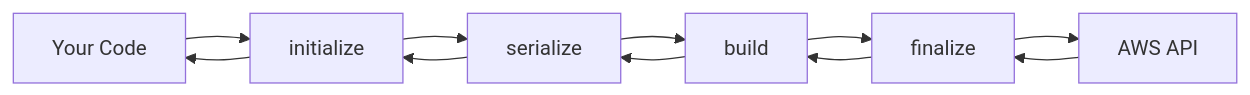
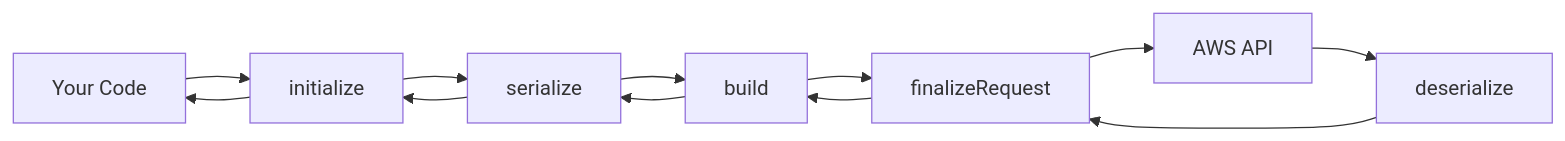
One commit to OneUptime/blog changed the diagram in posts/2026-02-12-aws-sdk-javascript-v3-middleware/README.md. Above: the diagram before and after it, drawn with Mermaid. The commit also changed other lines of this file and 2 other files, not shown here.

````diff
--- a/posts/2026-02-12-aws-sdk-javascript-v3-middleware/README.md
+++ b/posts/2026-02-12-aws-sdk-javascript-v3-middleware/README.md
@@ -24,13 +25,14 @@
 ```mermaid
 graph LR
     A[Your Code] --> B[initialize]
     B --> C[serialize]
     C --> D[build]
-    D --> E[finalize]
+    D --> E[finalizeRequest]
     E --> F[AWS API]
-    F --> E
+    F --> G[deserialize]
+    G --> E
     E --> D
     D --> C
     C --> B
     B --> A
 ```
````
